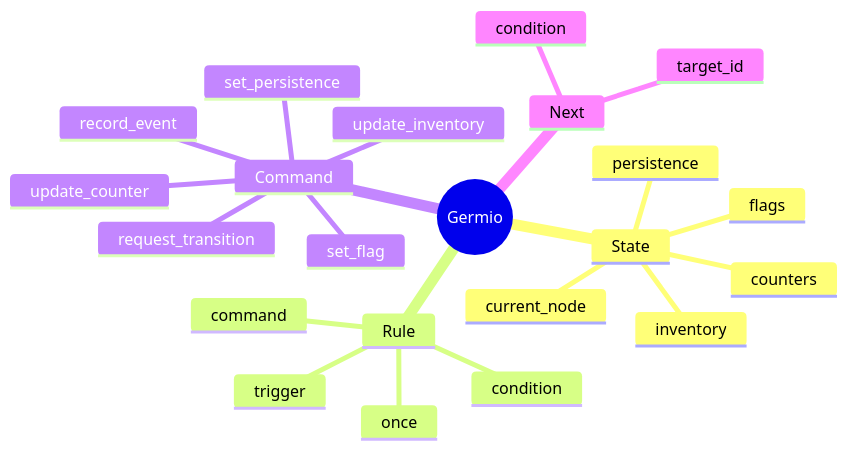
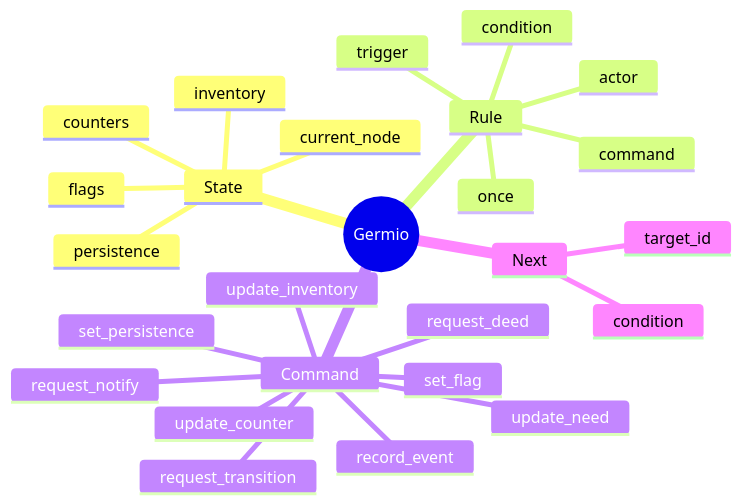
One commit to hiroxpepe/germio changed the second of 7 diagrams in README.md. Above: the diagram before and after it, drawn with Mermaid. The commit also changed other lines of this file and 5 other files, not shown here.

````diff
--- a/README.md
+++ b/README.md
@@ -38,25 +38,29 @@
 ```mermaid
 mindmap
   root((Germio))
     State
       flags
       counters
       inventory
       persistence
       current_node
     Rule
       trigger
       condition
       command
       once
+      actor
     Command
       set_flag
       update_counter
       update_inventory
+      update_need
+      request_deed
       request_transition
+      request_notify
       set_persistence
       record_event
     Next
       target_id
       condition
 ```
````
